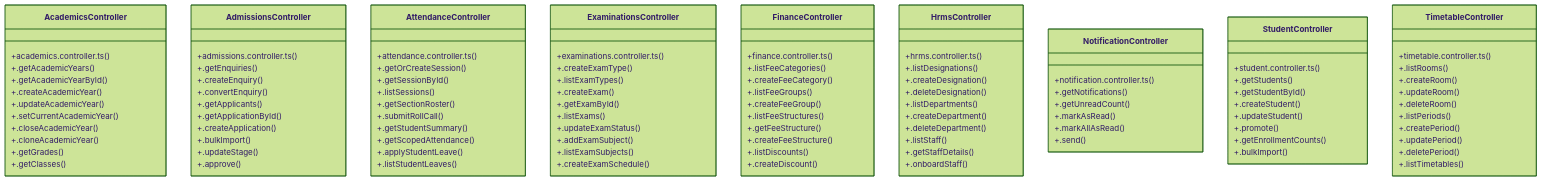
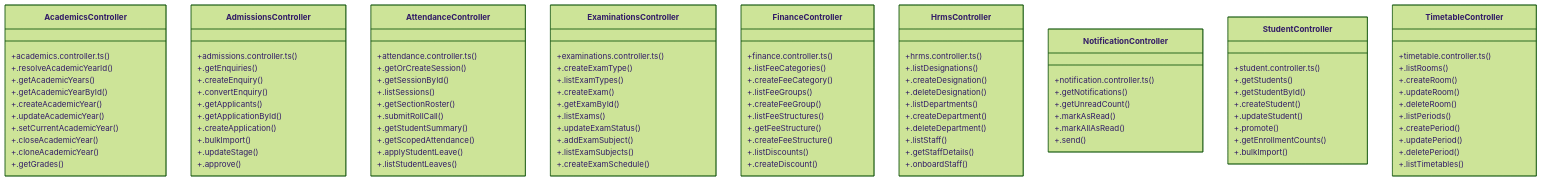
Before and after one commit to laxminivas06/vidforum: the diagram in graphify-out/wiki/[query_&_AcademicsRepository]_Cluster.md, drawn with Mermaid (forest theme). The commit also changed other lines of this file and 218 other files, not shown here.

```diff
--- a/graphify-out/wiki/[query_&_AcademicsRepository]_Cluster.md
+++ b/graphify-out/wiki/[query_&_AcademicsRepository]_Cluster.md
@@ -37,6 +37,7 @@
 classDiagram
     class AcademicsController {
         +academics.controller.ts()
+        +.resolveAcademicYearId()
         +.getAcademicYears()
         +.getAcademicYearById()
         +.createAcademicYear()
@@ -45,7 +46,6 @@
         +.closeAcademicYear()
         +.cloneAcademicYear()
         +.getGrades()
-        +.getClasses()
     }
     class AdmissionsController {
         +admissions.controller.ts()
```
